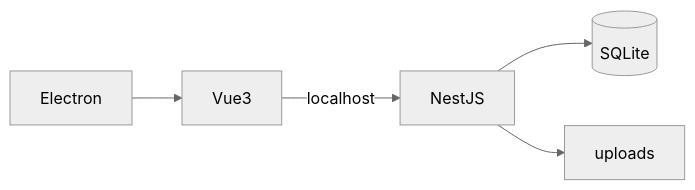
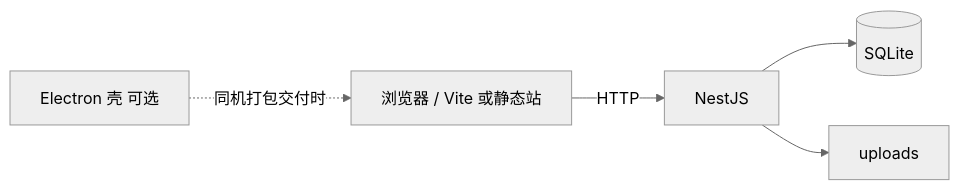
The second of 2 diagrams in docs/实施计划-财务统计系统.md (reikentoutou/finance-system), drawn with Mermaid (neutral theme) before and after one commit. The commit also changed other lines of this file and 25 other files, not shown here.

````diff
--- a/docs/实施计划-财务统计系统.md
+++ b/docs/实施计划-财务统计系统.md
@@ -118,7 +118,7 @@
 ```mermaid
 flowchart LR
-  el[Electron] --> vue[Vue3]
-  vue -->|localhost| nest[NestJS]
+  browser[浏览器 / Vite 或静态站] -->|HTTP| nest[NestJS]
   nest --> db[(SQLite)]
   nest --> up[uploads]
+  el[Electron 壳 可选] -.->|同机打包交付时| browser
 ```
````
